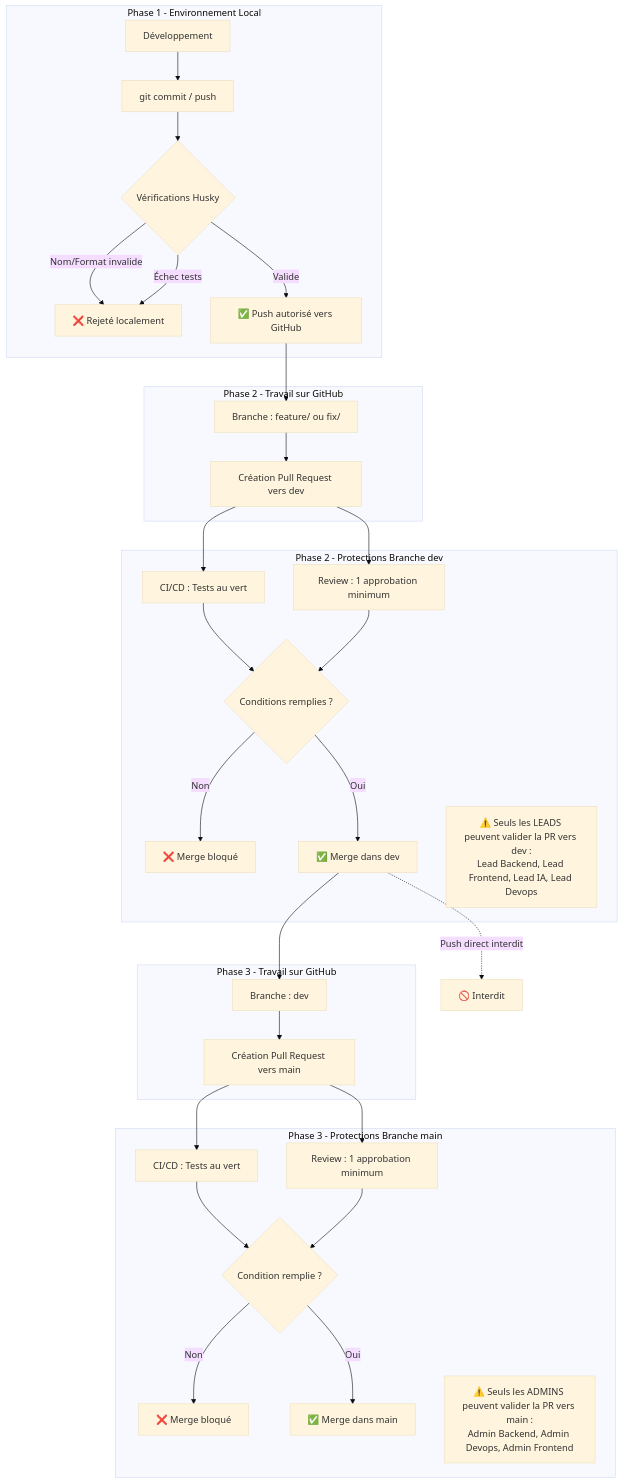
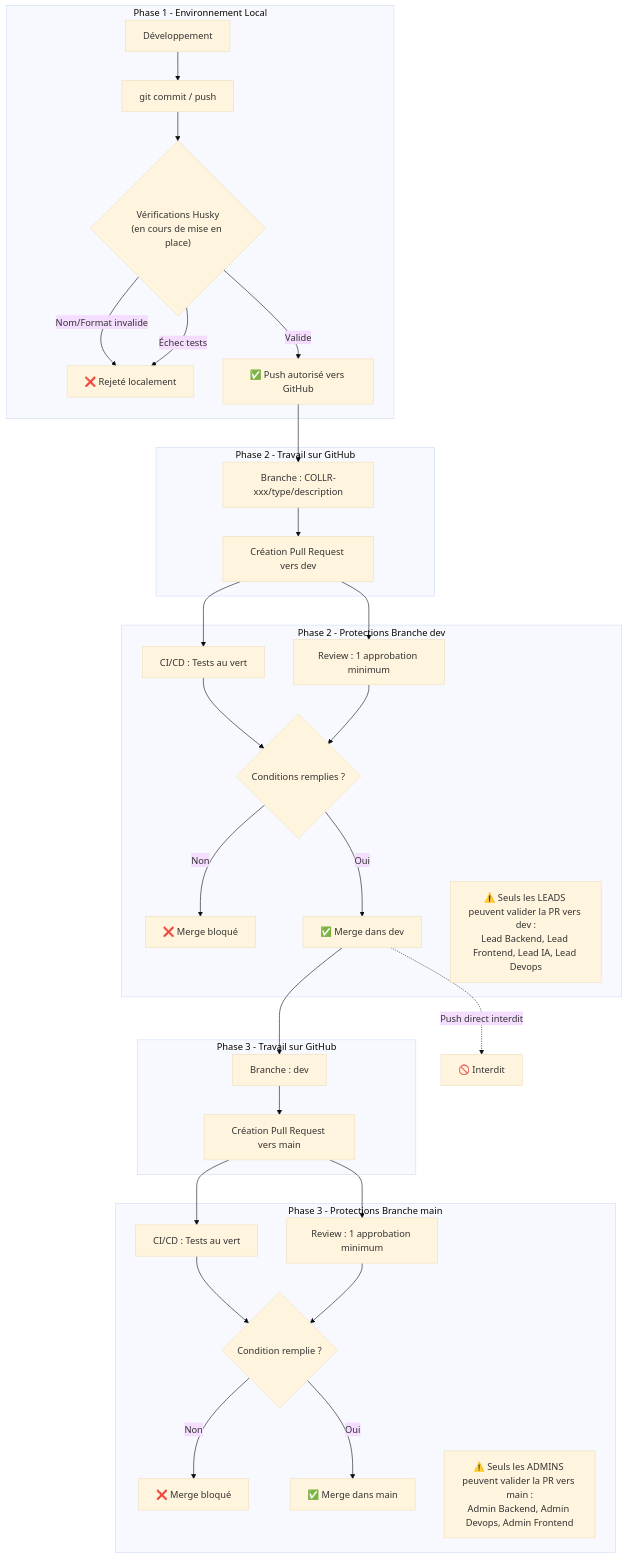
The diagram in docs/CONTRIBUTING.md (Collectionr/collectionr_epitech), drawn with Mermaid (base theme) before and after one commit. The commit also changed other lines of this file and 1 other file, not shown here.

Commit message:
docs(contributing): ajustements des règles, formats de branche et preuve DoD (COLLR-554)

````diff
--- a/docs/CONTRIBUTING.md
+++ b/docs/CONTRIBUTING.md
@@ -407,46 +407,46 @@
 ```mermaid
 flowchart TD
     subgraph P1["Phase 1 - Environnement Local"]
         A["Développement"] --> B["git commit / push"]
-        B --> C{"Vérifications Husky"}
+        B --> C{"Vérifications Husky\n(en cours de mise en place)"}
         C -- "Nom/Format invalide" --> D["❌ Rejeté localement"]
         C -- "Échec tests" --> D
         C -- "Valide" --> E["✅ Push autorisé vers GitHub"]
     end
 
     subgraph P2G["Phase 2 - Travail sur GitHub"]
-        F["Branche : feature/ ou fix/"] --> G["Création Pull Request vers dev"]
+        F["Branche : COLLR-xxx/type/description"] --> G["Création Pull Request vers dev"]
     end
 
     subgraph P2D["Phase 2 - Protections Branche dev"]
         H["CI/CD : Tests au vert"] --> I{"Conditions remplies ?"}
         H2["Review : 1 approbation minimum"] --> I
         I -- "Non" --> J["❌ Merge bloqué"]
         I -- "Oui" --> K["✅ Merge dans dev"]
         anchor1[" "] ~~~ L["⚠️ Seuls les LEADS peuvent valider la PR vers dev :\nLead Backend, Lead Frontend, Lead IA, Lead Devops"]
         style anchor1 fill:none,stroke:none
     end
 
     subgraph P3G["Phase 3 - Travail sur GitHub"]
         M["Branche : dev"] --> N["Création Pull Request vers main"]
     end
 
     subgraph P3M["Phase 3 - Protections Branche main"]
         O["CI/CD : Tests au vert"] --> P{"Condition remplie ?"}
         O2["Review : 1 approbation minimum"] --> P
         P -- "Non" --> Q["❌ Merge bloqué"]
         P -- "Oui" --> R["✅ Merge dans main"]
         anchor2[" "] ~~~ S["⚠️ Seuls les ADMINS peuvent valider la PR vers main :\nAdmin Backend, Admin Devops, Admin Frontend"]
         style anchor2 fill:none,stroke:none
     end
 
     E --> F
     G --> H
     G --> H2
     K --> M
     N --> O
     N --> O2
 
     X["🚫 Interdit"]
     K -.->|"Push direct interdit"| X
 ```
````
